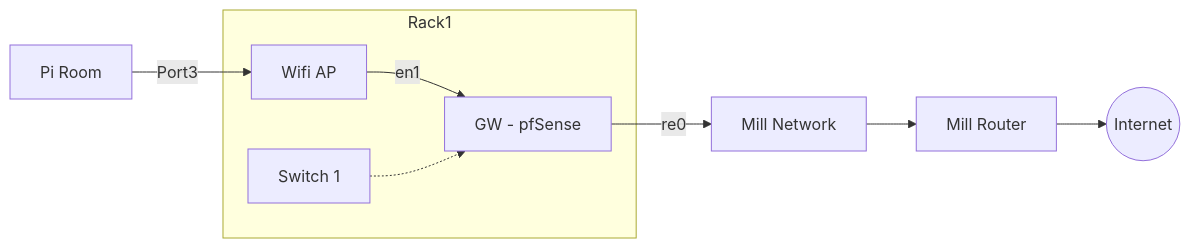
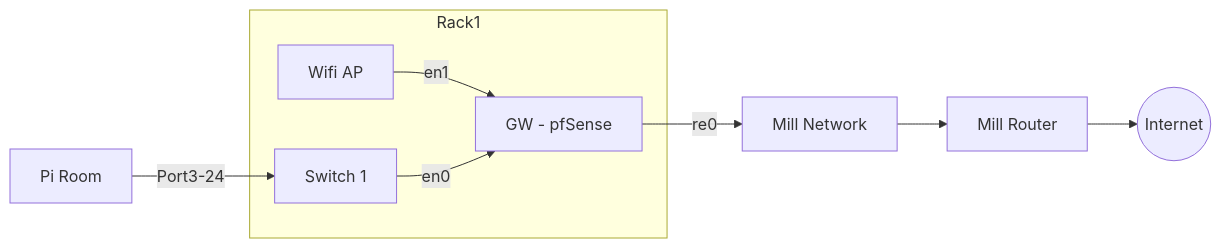
One commit to leigh-hackspace/HackspaceWiki changed the first of 2 diagrams in docs/membership/member_information/network_layout.md. Above: the diagram before and after it, drawn with Mermaid. The commit also changed other lines of this file, not shown here.

````diff
--- a/docs/membership/member_information/network_layout.md
+++ b/docs/membership/member_information/network_layout.md
@@ -15,11 +15,11 @@
 ```mermaid
 graph LR
     subgraph Rack1
     AP[Wifi AP] -->|en1| GW
-    SWITCH1[Switch 1] -.-> GW
+    SWITCH1[Switch 1] -->|en0| GW
     GW[GW - pfSense] 
     end
     GW -->|re0| MILL
     MILL[Mill Network] --> MILLROUTER[Mill Router] --> INTERNET((Internet))
-    PIROOM[Pi Room] -->|Port3| AP
+    PIROOM[Pi Room] -->|Port3-24| SWITCH1
 ```
````
